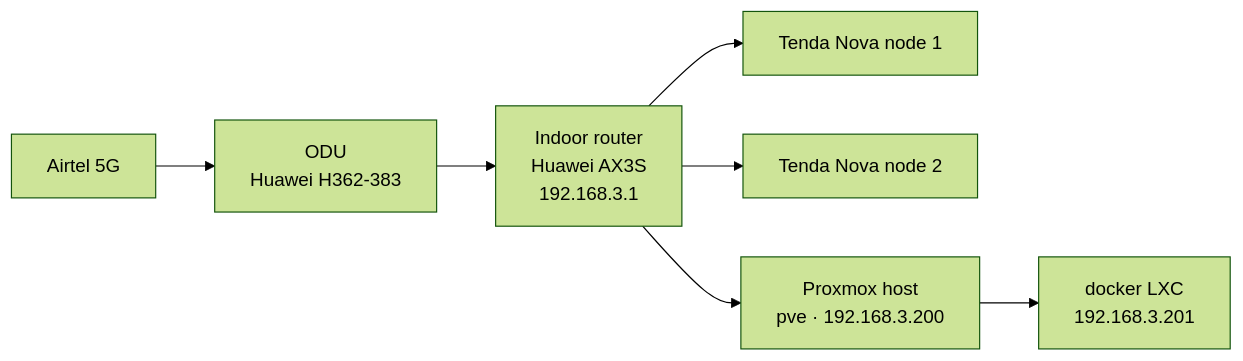
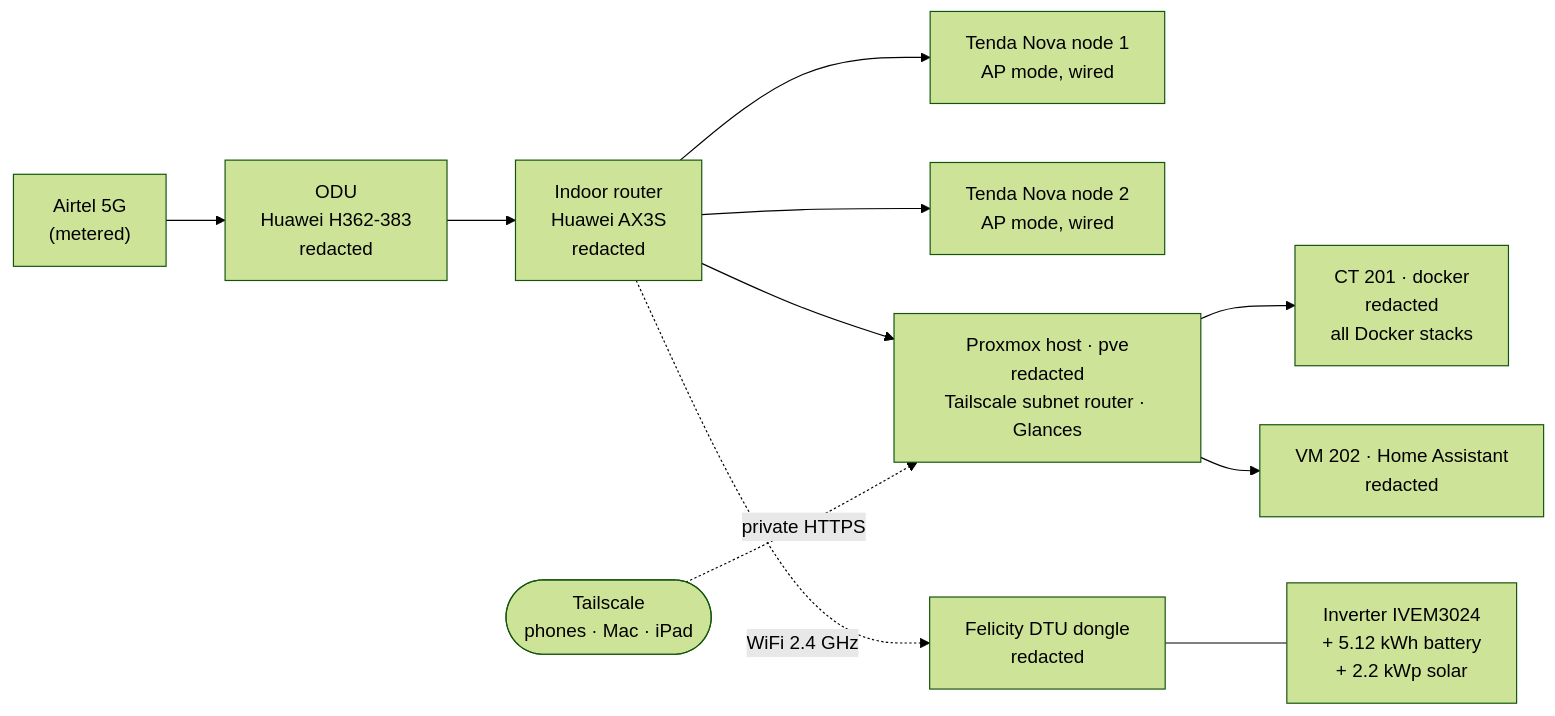
One commit to theOGpython/homelab changed the first of 2 diagrams in README.md. Above: the diagram before and after it, drawn with Mermaid (forest theme). The commit also changed other lines of this file, not shown here.

````diff
--- a/README.md
+++ b/README.md
@@ -22,9 +38,13 @@
 ```mermaid
 flowchart LR
-    A[Airtel 5G] --> B["ODU<br/>Huawei H362-383"]
-    B --> C["Indoor router<br/>Huawei AX3S<br/>192.168.3.1"]
-    C --> D[Tenda Nova node 1]
-    C --> E[Tenda Nova node 2]
-    C --> F["Proxmox host<br/>pve · 192.168.3.200"]
-    F --> G["docker LXC<br/>192.168.3.201"]
+    NET["Airtel 5G<br/>(metered)"] --> ODU["ODU<br/>Huawei H362-383<br/>redacted"]
+    ODU --> AX3S["Indoor router<br/>Huawei AX3S<br/>redacted"]
+    AX3S --> T1["Tenda Nova node 1<br/>AP mode, wired"]
+    AX3S --> T2["Tenda Nova node 2<br/>AP mode, wired"]
+    AX3S --> PVE["Proxmox host · pve<br/>redacted<br/>Tailscale subnet router · Glances"]
+    PVE --> CT["CT 201 · docker<br/>redacted<br/>all Docker stacks"]
+    PVE --> VM["VM 202 · Home Assistant<br/>redacted"]
+    AX3S -. "WiFi 2.4 GHz" .-> DTU["Felicity DTU dongle<br/>redacted"]
+    DTU --- INV["Inverter IVEM3024<br/>+ 5.12 kWh battery<br/>+ 2.2 kWp solar"]
+    TS(["Tailscale<br/>phones · Mac · iPad"]) -. "private HTTPS" .-> PVE
 ```
````
